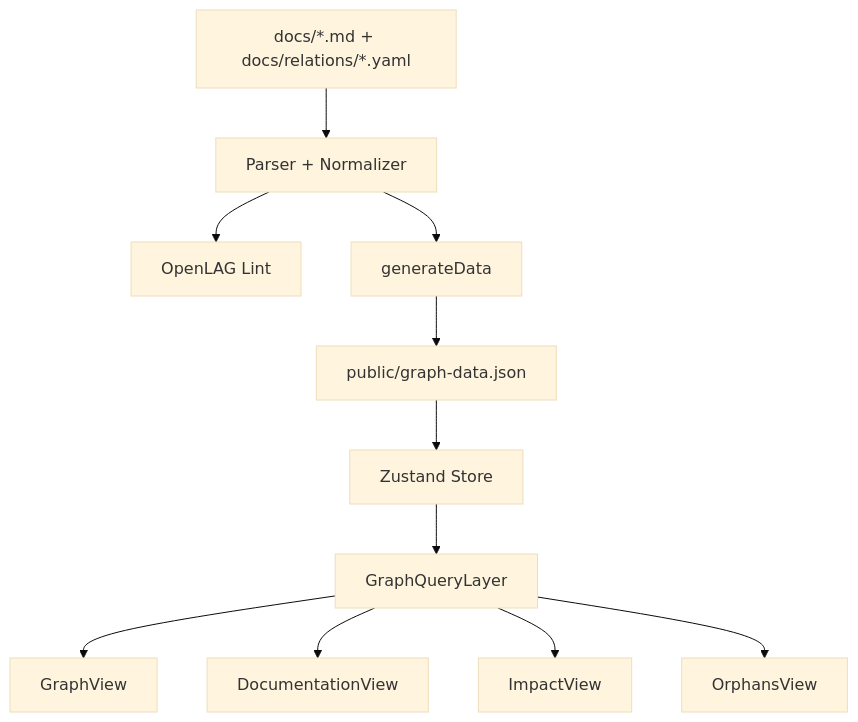
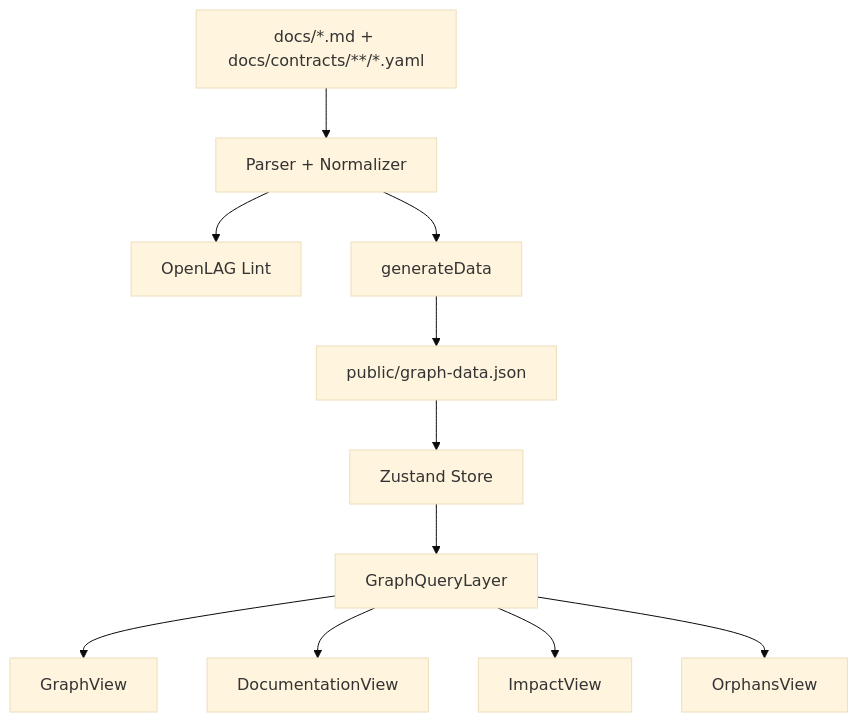
One commit to donartcha/OpenLAG changed the first of 2 diagrams in DOCUMENTACION_OPENLAG.md. Above: the diagram before and after it, drawn with Mermaid (base theme). The commit also changed other lines of this file and 49 other files, not shown here.

````diff
--- a/DOCUMENTACION_OPENLAG.md
+++ b/DOCUMENTACION_OPENLAG.md
@@ -826,13 +827,13 @@
 ```mermaid
 graph TD
-    DOCS["docs/*.md + docs/relations/*.yaml"] --> PARSER["Parser + Normalizer"]
+    DOCS["docs/*.md + docs/contracts/**/*.yaml"] --> PARSER["Parser + Normalizer"]
     PARSER --> LINT["OpenLAG Lint"]
     PARSER --> GEN["generateData"]
     GEN --> JSON["public/graph-data.json"]
     JSON --> STORE["Zustand Store"]
     STORE --> QUERY["GraphQueryLayer"]
     QUERY --> GRAPH["GraphView"]
     QUERY --> DOCVIEW["DocumentationView"]
     QUERY --> IMPACT["ImpactView"]
     QUERY --> ORPHANS["OrphansView"]
 ```
````
